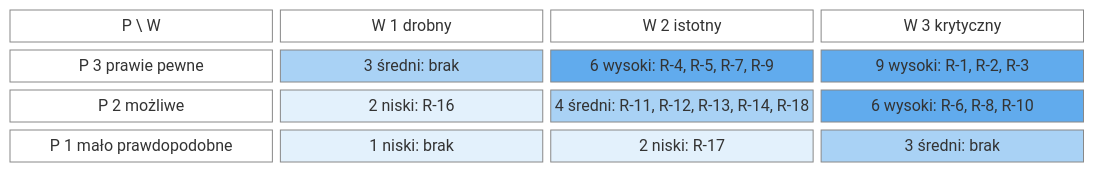
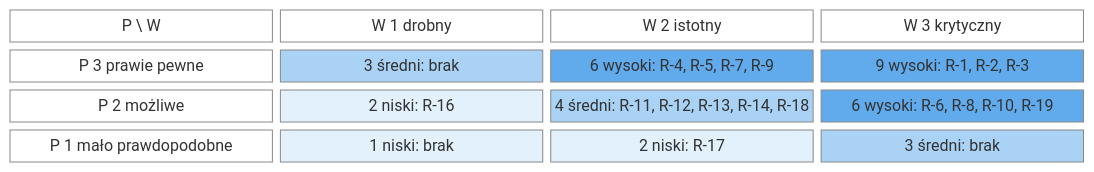
Before and after one commit to dostepny-kampus/dostepny-kampus: the diagram in docs/docs/biznes/ryzyka.md, drawn with Mermaid. The commit also changed other lines of this file, not shown here.

````diff
--- a/docs/docs/biznes/ryzyka.md
+++ b/docs/docs/biznes/ryzyka.md
@@ -41,16 +44,16 @@
 ```mermaid
 block-beta
   columns 4
   naroznik["P \ W"] w1["W 1 drobny"] w2["W 2 istotny"] w3["W 3 krytyczny"]
   p3["P 3 prawie pewne"] c31["3 średni: brak"] c32["6 wysoki: R-4, R-5, R-7, R-9"] c33["9 wysoki: R-1, R-2, R-3"]
-  p2["P 2 możliwe"] c21["2 niski: R-16"] c22["4 średni: R-11, R-12, R-13, R-14, R-18"] c23["6 wysoki: R-6, R-8, R-10"]
+  p2["P 2 możliwe"] c21["2 niski: R-16"] c22["4 średni: R-11, R-12, R-13, R-14, R-18"] c23["6 wysoki: R-6, R-8, R-10, R-19"]
   p1["P 1 mało prawdopodobne"] c11["1 niski: brak"] c12["2 niski: R-17"] c13["3 średni: brak"]
   classDef naglowek fill:none,stroke:#888
   classDef wysoki fill:#1e88e5,fill-opacity:0.7,stroke:#888
   classDef sredni fill:#1e88e5,fill-opacity:0.38,stroke:#888
   classDef niski fill:#1e88e5,fill-opacity:0.12,stroke:#888
   class naroznik,w1,w2,w3,p3,p2,p1 naglowek
   class c33,c32,c23 wysoki
   class c31,c22,c13 sredni
   class c21,c11,c12 niski
 ```
````
